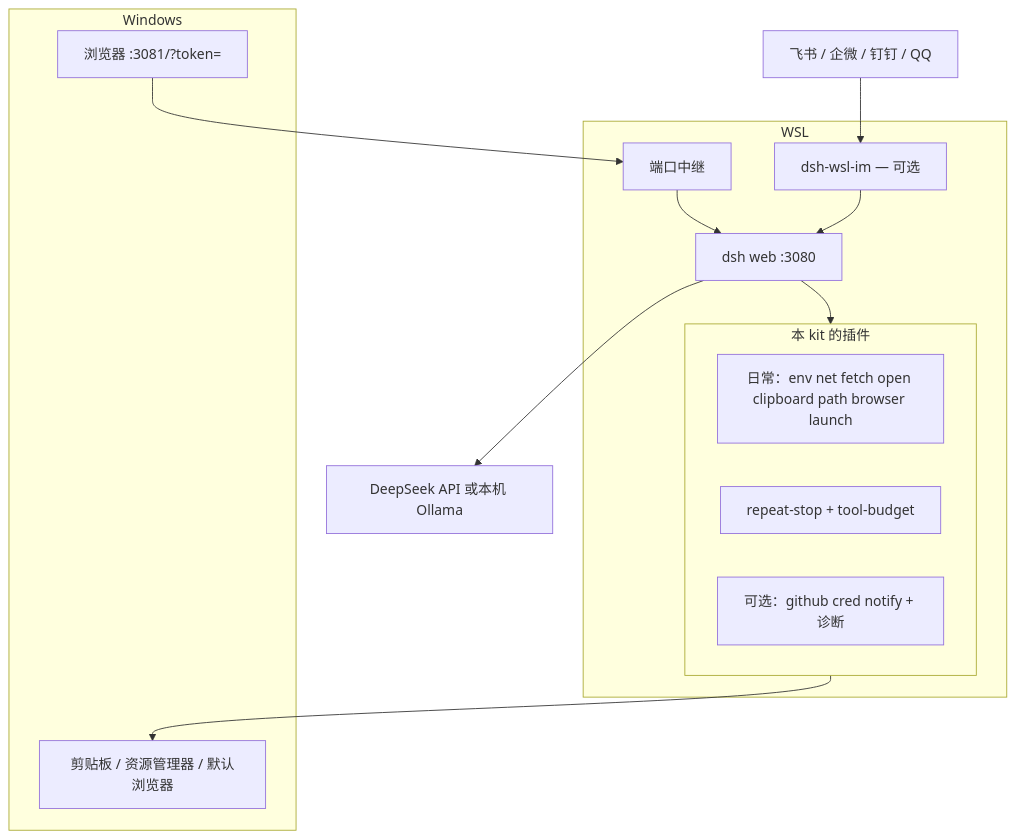
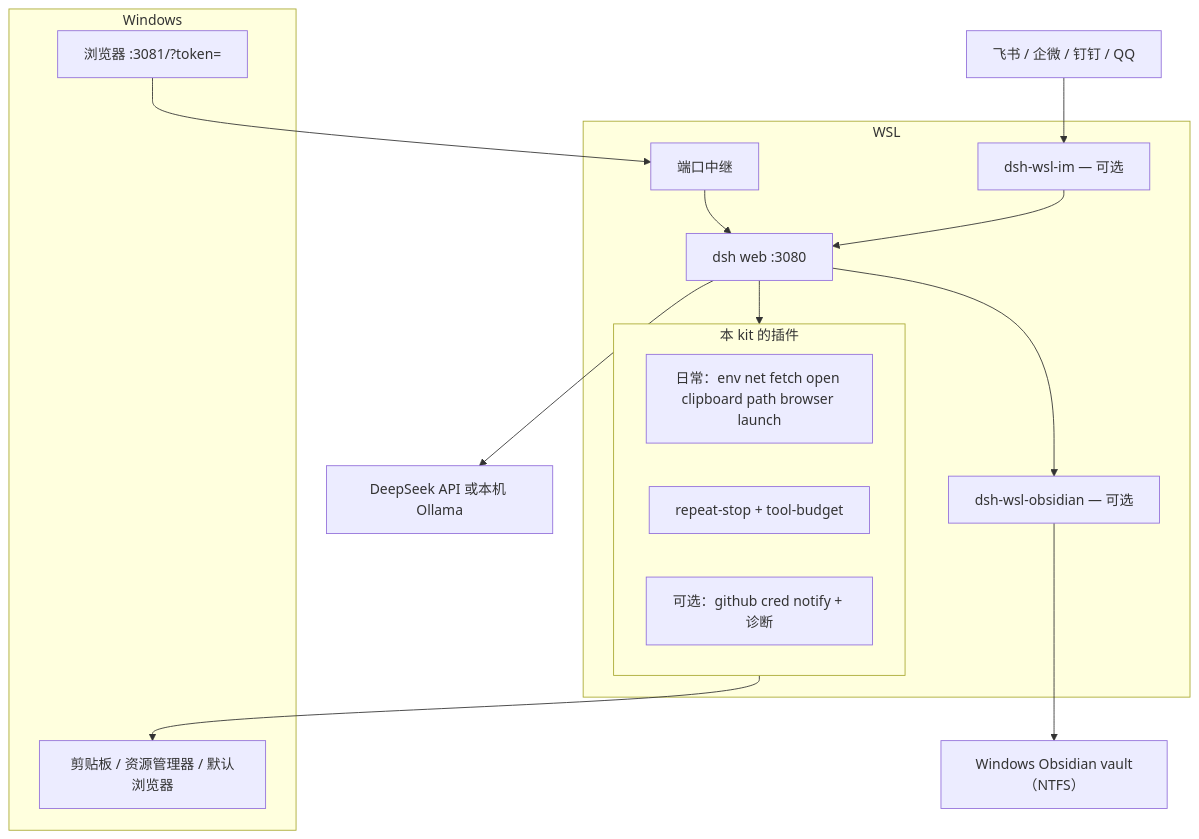
The diagram in README.zh.md (173787247/dsh-wsl-kit), drawn with Mermaid before and after one commit. The commit also changed other lines of this file and 1 other file, not shown here.

First line of the commit message:
docs: list optional dsh-wsl-obsidian 0.1.0 in the kit.

````diff
--- a/README.zh.md
+++ b/README.zh.md
@@ -15,25 +15,29 @@
 ```mermaid
 flowchart TB
   subgraph win [Windows]
     browser["浏览器 :3081/?token="]
     host["剪贴板 / 资源管理器 / 默认浏览器"]
   end
   subgraph wslbox [WSL]
     relay["端口中继"]
     dsh["dsh web :3080"]
     subgraph plugins [本 kit 的插件]
       daily["日常：env net fetch open clipboard path browser launch"]
       guards["repeat-stop + tool-budget"]
       more["可选：github cred notify + 诊断"]
     end
     im["dsh-wsl-im — 可选"]
+    obsidian["dsh-wsl-obsidian — 可选"]
   end
   llm["DeepSeek API 或本机 Ollama"]
   chats["飞书 / 企微 / 钉钉 / QQ"]
+  vault["Windows Obsidian vault（NTFS）"]
 
   browser --> relay --> dsh
   dsh --> plugins
   dsh --> llm
   plugins --> host
   chats --> im --> dsh
+  obsidian --> vault
+  dsh --> obsidian
 ```
````
